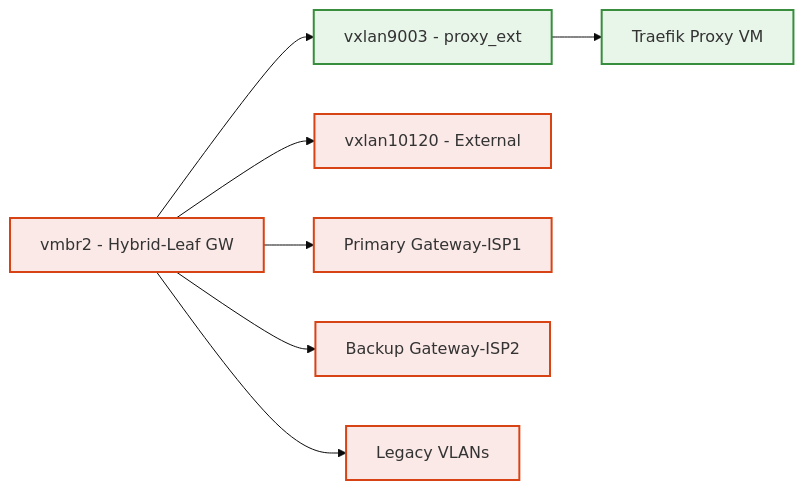
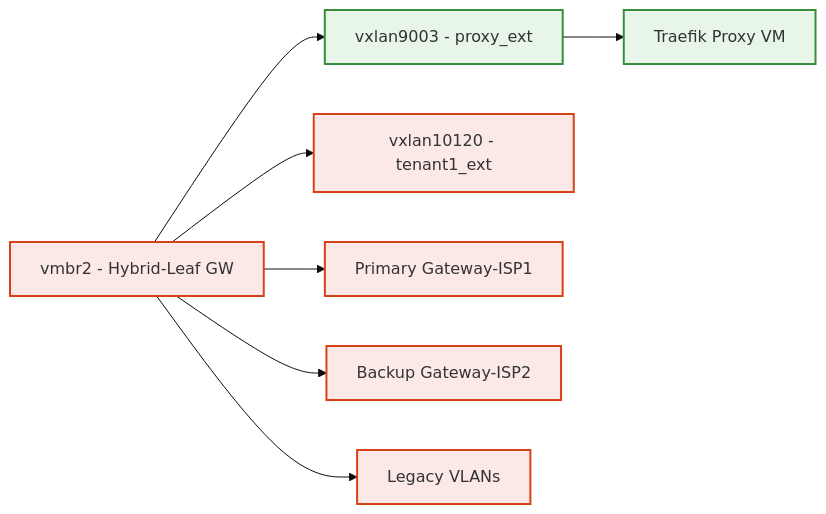
Before and after one commit to CEP-Comwell/proxmox_addons: the fourth of 4 diagrams in README.md, drawn with Mermaid (base theme).

````diff
--- a/README.md
+++ b/README.md
@@ -123,22 +123,22 @@
 ```mermaid
 graph LR
 ExtBridge[vmbr2 - Hybrid-Leaf GW]
 VX9003[vxlan9003 - proxy_ext]
-VX10120[vxlan10120 - External]
+VX10120[vxlan10120 - tenant1_ext]
 Gateway1[Primary Gateway-ISP1]
 Gateway2[Backup Gateway-ISP2]
 LegacyVLAN[Legacy VLANs]
 ProxyVM[Traefik Proxy VM]
 
 ExtBridge --> VX9003
 ExtBridge --> VX10120
 ExtBridge --> Gateway1
 ExtBridge --> Gateway2
 ExtBridge --> LegacyVLAN
 VX9003 --> ProxyVM
 
 classDef ext fill:#fbe9e7,stroke:#d84315,stroke-width:2px;
 classDef proxy fill:#e8f5e9,stroke:#388e3c,stroke-width:2px;
 class ExtBridge,VX10120,Gateway1,Gateway2,LegacyVLAN ext;
 class VX9003,ProxyVM proxy;
 ```
````
